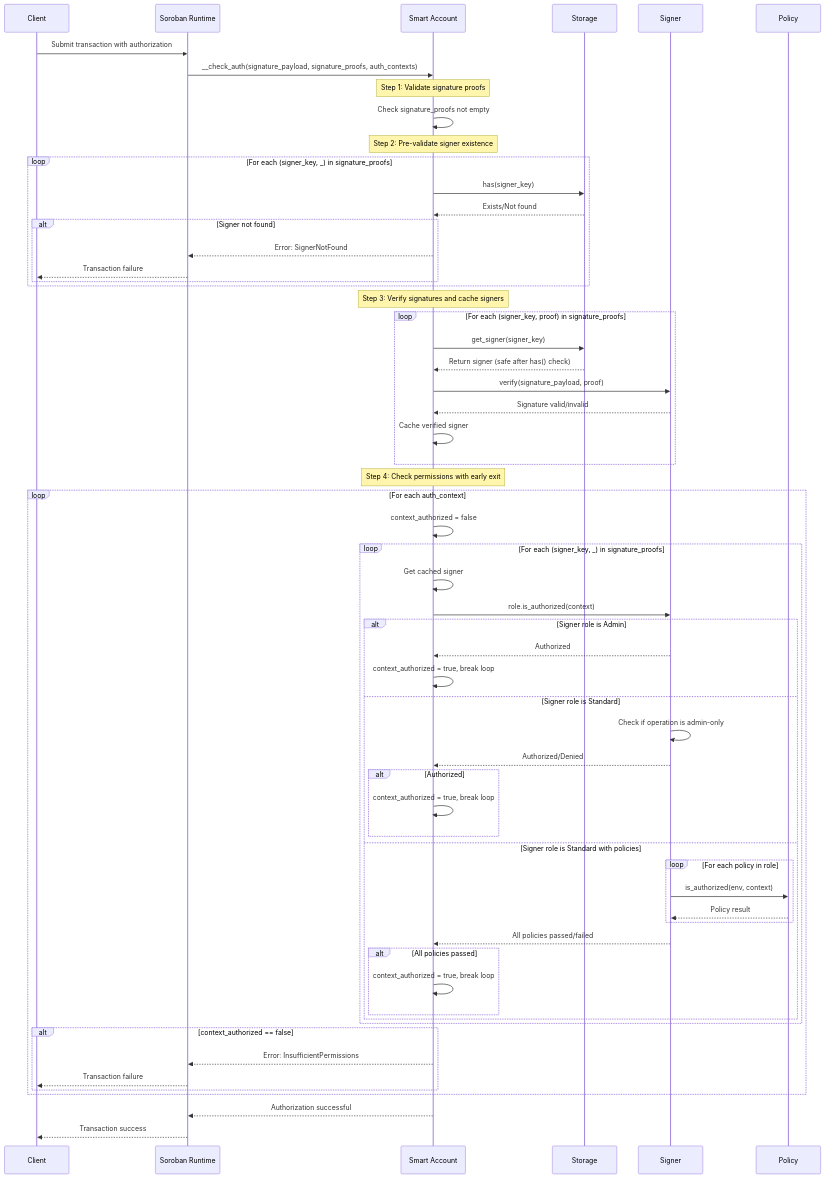
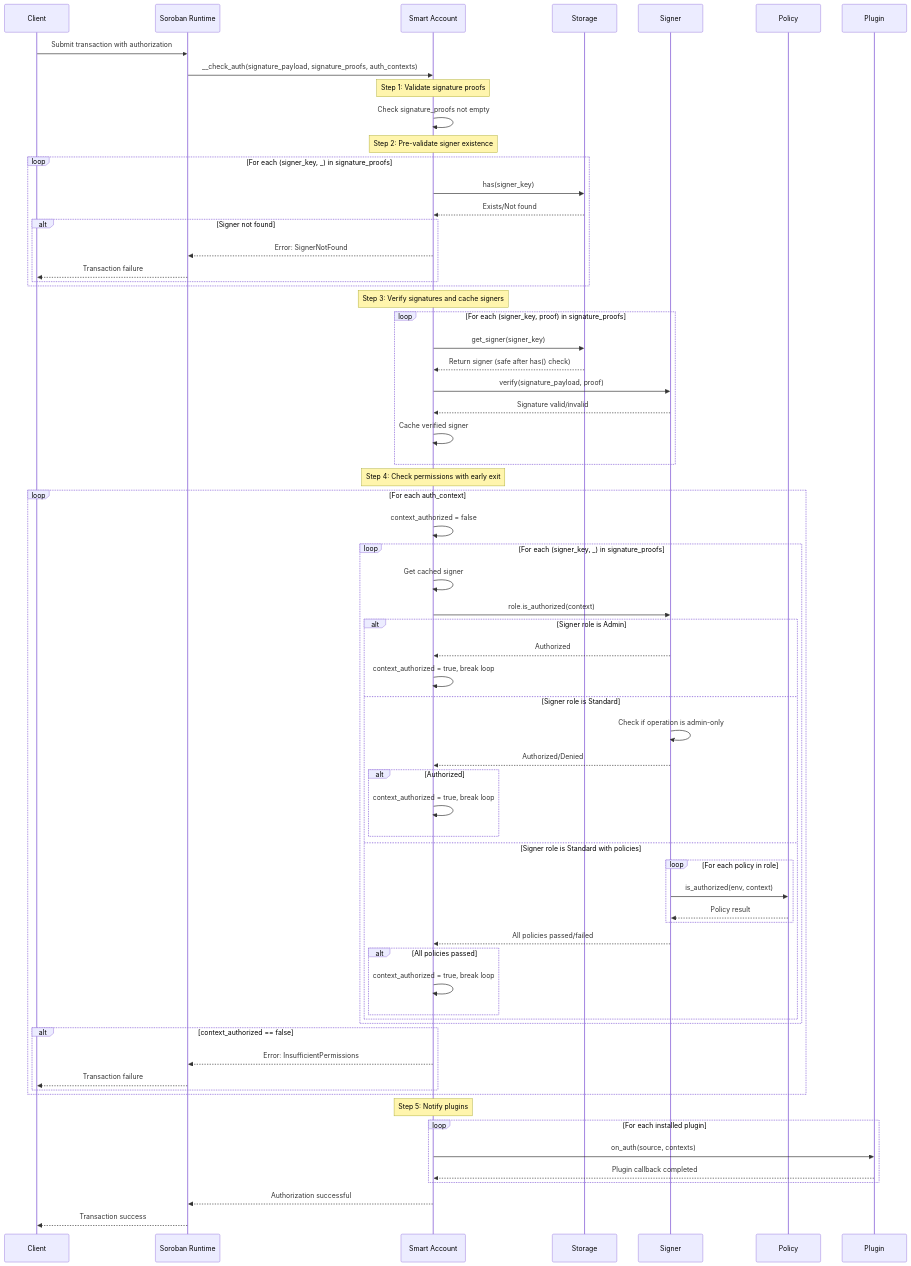
One commit to Crossmint/stellar-smart-account changed the fourth of 5 diagrams in contracts/smart-account/README.md. Above: the diagram before and after it, drawn with Mermaid. The commit also changed other lines of this file and 4 other files, not shown here.

First line of the commit message:
docs: Update documentation for plugin architecture and external delegation (#61)

````diff
--- a/contracts/smart-account/README.md
+++ b/contracts/smart-account/README.md
@@ -259,70 +385,77 @@
 ```mermaid
 sequenceDiagram
     participant Client
     participant SorobanRuntime as Soroban Runtime
     participant SmartAccount as Smart Account
     participant Storage
     participant Signer
     participant Policy
+    participant Plugin
     
     Client->>SorobanRuntime: Submit transaction with authorization
     SorobanRuntime->>SmartAccount: __check_auth(signature_payload, signature_proofs, auth_contexts)
     
     Note over SmartAccount: Step 1: Validate signature proofs
     SmartAccount->>SmartAccount: Check signature_proofs not empty
     
     Note over SmartAccount: Step 2: Pre-validate signer existence
     loop For each (signer_key, _) in signature_proofs
         SmartAccount->>Storage: has(signer_key)
         Storage-->>SmartAccount: Exists/Not found
         alt Signer not found
             SmartAccount-->>SorobanRuntime: Error: SignerNotFound
             SorobanRuntime-->>Client: Transaction failure
         end
     end
     
     Note over SmartAccount: Step 3: Verify signatures and cache signers
     loop For each (signer_key, proof) in signature_proofs
         SmartAccount->>Storage: get_signer(signer_key)
         Storage-->>SmartAccount: Return signer (safe after has() check)
         SmartAccount->>Signer: verify(signature_payload, proof)
         Signer-->>SmartAccount: Signature valid/invalid
         SmartAccount->>SmartAccount: Cache verified signer
     end
     
     Note over SmartAccount: Step 4: Check permissions with early exit
     loop For each auth_context
         SmartAccount->>SmartAccount: context_authorized = false
         loop For each (signer_key, _) in signature_proofs
             SmartAccount->>SmartAccount: Get cached signer
             SmartAccount->>Signer: role.is_authorized(context)
             
             alt Signer role is Admin
                 Signer-->>SmartAccount: Authorized
                 SmartAccount->>SmartAccount: context_authorized = true, break loop
             else Signer role is Standard
                 Signer->>Signer: Check if operation is admin-only
                 Signer-->>SmartAccount: Authorized/Denied
                 alt Authorized
                     SmartAccount->>SmartAccount: context_authorized = true, break loop
                 end
             else Signer role is Standard with policies
                 loop For each policy in role
                     Signer->>Policy: is_authorized(env, context)
                     Policy-->>Signer: Policy result
                 end
                 Signer-->>SmartAccount: All policies passed/failed
                 alt All policies passed
                     SmartAccount->>SmartAccount: context_authorized = true, break loop
                 end
             end
         end
         alt context_authorized == false
             SmartAccount-->>SorobanRuntime: Error: InsufficientPermissions
             SorobanRuntime-->>Client: Transaction failure
         end
     end
     
+    Note over SmartAccount: Step 5: Notify plugins
+    loop For each installed plugin
+        SmartAccount->>Plugin: on_auth(source, contexts)
+        Plugin-->>SmartAccount: Plugin callback completed
+    end
+    
     SmartAccount-->>SorobanRuntime: Authorization successful
     SorobanRuntime-->>Client: Transaction success
 ```
````
